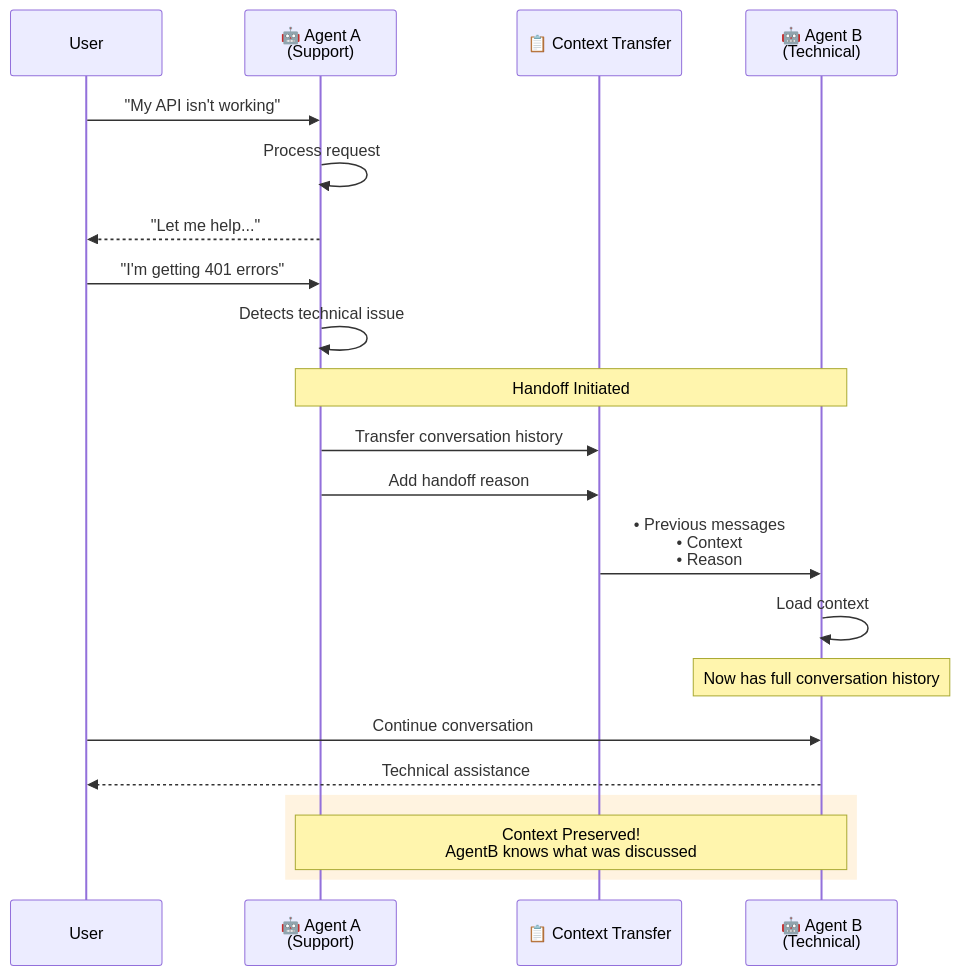
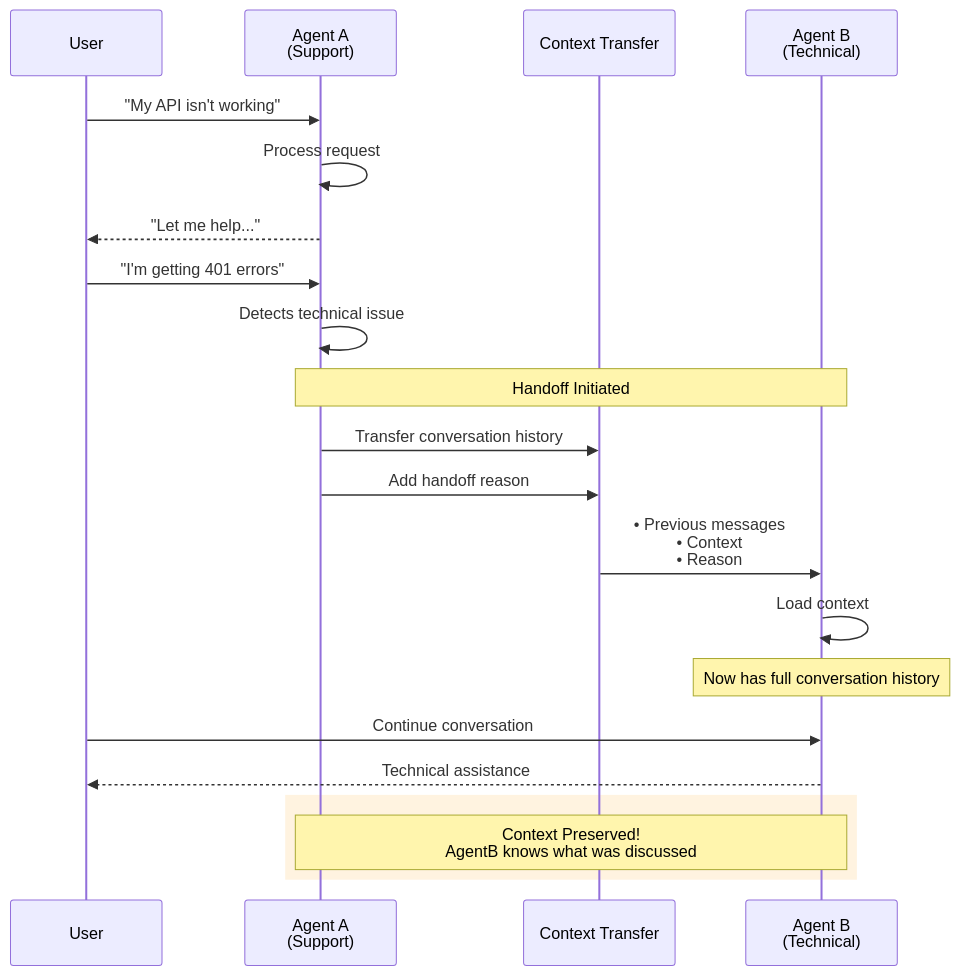
One commit to HelgeSverre/pagent changed the fifth of 9 diagrams in docs/orchestration-workflows.md. Above: the diagram before and after it, drawn with Mermaid. The commit also changed other lines of this file and 239 other files, not shown here.

````diff
--- a/docs/orchestration-workflows.md
+++ b/docs/orchestration-workflows.md
@@ -390,30 +392,30 @@
 ```mermaid
 sequenceDiagram
     participant User
-    participant AgentA as 🤖 Agent A<br/>(Support)
-    participant Context as 📋 Context Transfer
-    participant AgentB as 🤖 Agent B<br/>(Technical)
+    participant AgentA as  Agent A<br/>(Support)
+    participant Context as  Context Transfer
+    participant AgentB as  Agent B<br/>(Technical)
 
     User->>AgentA: "My API isn't working"
     AgentA->>AgentA: Process request
     AgentA-->>User: "Let me help..."
 
     User->>AgentA: "I'm getting 401 errors"
     AgentA->>AgentA: Detects technical issue
 
     Note over AgentA,AgentB: Handoff Initiated
 
     AgentA->>Context: Transfer conversation history
     AgentA->>Context: Add handoff reason
     Context->>AgentB: • Previous messages<br/>• Context<br/>• Reason
 
     AgentB->>AgentB: Load context
     Note over AgentB: Now has full conversation history
 
     User->>AgentB: Continue conversation
     AgentB-->>User: Technical assistance
 
     rect rgb(255, 243, 224)
         Note over AgentA,AgentB: Context Preserved!<br/>AgentB knows what was discussed
     end
 ```
````
